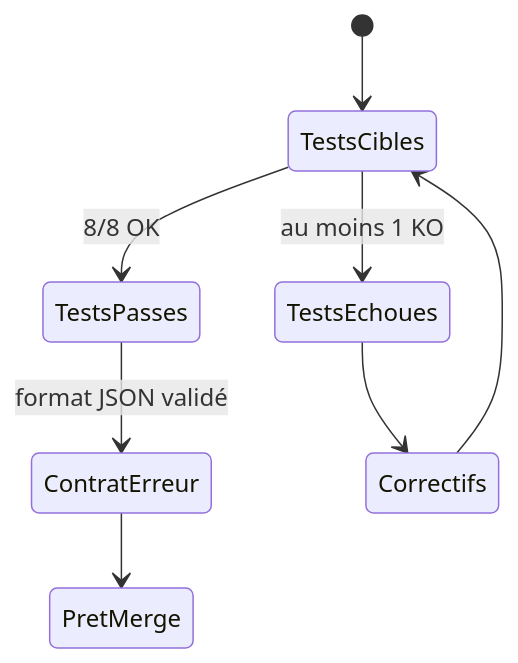
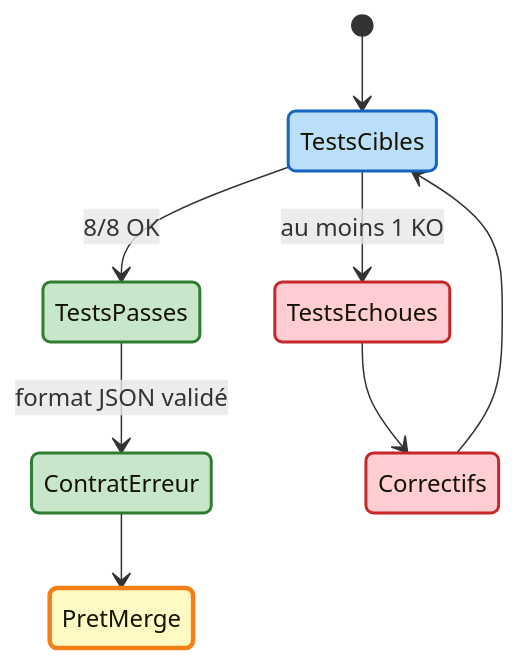
Before and after one commit to fasai444/GreenDesk: the second of 2 diagrams in docs/reports/greenhouse-ops-report.md, drawn with Mermaid. The commit also changed 6 other files, not shown here.

````diff
--- a/docs/reports/greenhouse-ops-report.md
+++ b/docs/reports/greenhouse-ops-report.md
@@ -100,10 +100,20 @@
 ```mermaid
 stateDiagram-v2
   [*] --> TestsCibles
   TestsCibles --> TestsPasses: 8/8 OK
   TestsCibles --> TestsEchoues: au moins 1 KO
   TestsPasses --> ContratErreur: format JSON validé
   ContratErreur --> PretMerge
   TestsEchoues --> Correctifs
   Correctifs --> TestsCibles
+  
+  classDef successStyle fill:#c8e6c9,stroke:#2e7d32,stroke-width:2px
+  classDef errorStyle fill:#ffcdd2,stroke:#c62828,stroke-width:2px
+  classDef processStyle fill:#bbdefb,stroke:#1565c0,stroke-width:2px
+  classDef readyStyle fill:#fff9c4,stroke:#f57f17,stroke-width:3px
+  
+  class TestsPasses,ContratErreur successStyle
+  class TestsEchoues,Correctifs errorStyle
+  class TestsCibles processStyle
+  class PretMerge readyStyle
 ```
````
